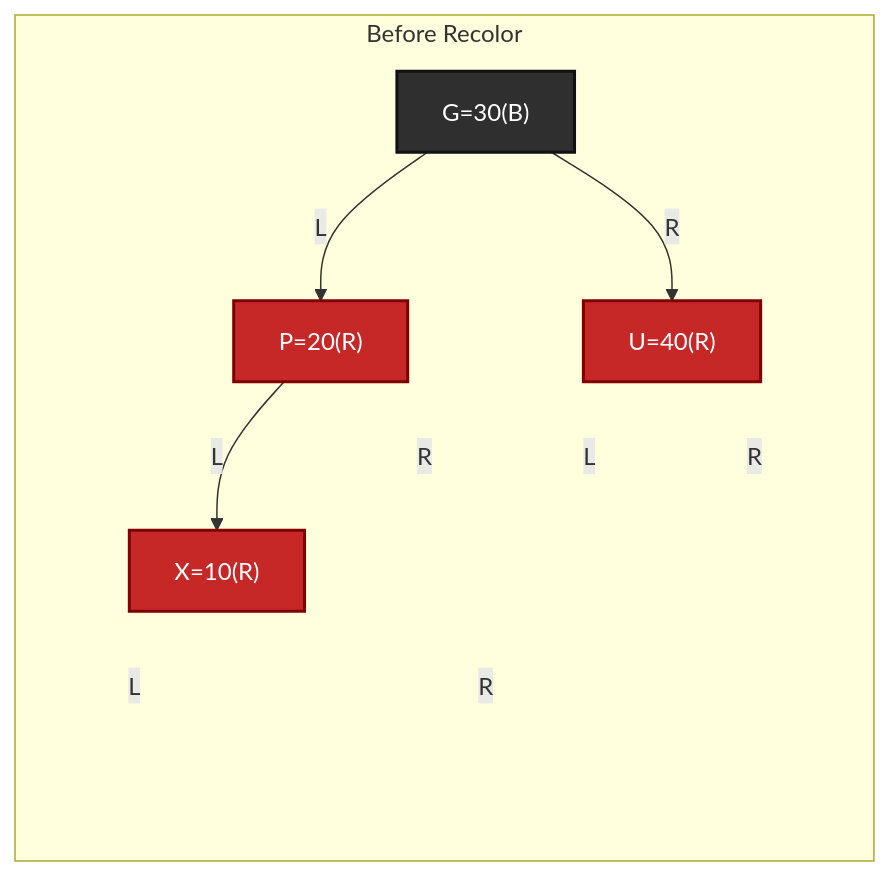
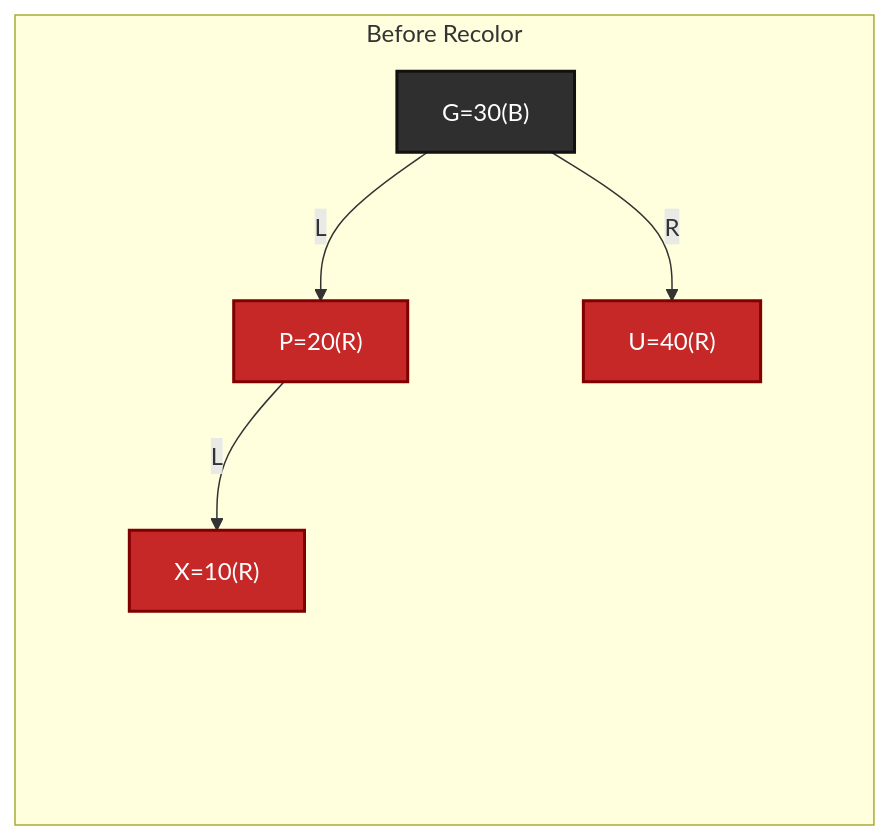
Diagram 11 of 24 in knowledge/linux/data_structures/红黑树_rb-tree/P35_红黑插入与红红冲突上推.md (FormingSystem/linux_note), drawn with Mermaid before and after one commit. The commit also changed other lines of this file and 5 other files, not shown here.

````diff
--- a/knowledge/linux/data_structures/红黑树_rb-tree/P35_红黑插入与红红冲突上推.md
+++ b/knowledge/linux/data_structures/红黑树_rb-tree/P35_红黑插入与红红冲突上推.md
@@ -602,40 +602,40 @@
 ```mermaid
 graph LR
 	subgraph "Before Recolor"
 		G["G=30(B)"]
 		P["P=20(R)"]
 		U["U=40(R)"]
 		X["X=10(R)"]
 		PR[" "]
 		UL[" "]
 		UR[" "]
 		XL[" "]
 		XR[" "]
 	end
 
 	G -->|"L"| P
 	G -->|"R"| U
 
 	P -->|"L"| X
-	P -->|"R"| PR
+	P --> PR
 
-	U -->|"L"| UL
-	U -->|"R"| UR
+	U --> UL
+	U --> UR
 
-	X -->|"L"| XL
-	X -->|"R"| XR
+	X --> XL
+	X --> XR
 
 	classDef black fill:#2f2f2f,stroke:#111,color:#fff,stroke-width:2px;
 	classDef red fill:#c62828,stroke:#7f0000,color:#fff,stroke-width:2px;
 	classDef ghost fill:transparent,stroke:transparent,color:transparent;
 
 	class G black;
 	class P,U,X red;
 	class PR,UL,UR,XL,XR ghost;
 
 	linkStyle 3 stroke:transparent;
 	linkStyle 4 stroke:transparent;
 	linkStyle 5 stroke:transparent;
 	linkStyle 6 stroke:transparent;
 	linkStyle 7 stroke:transparent;
 ```
````
